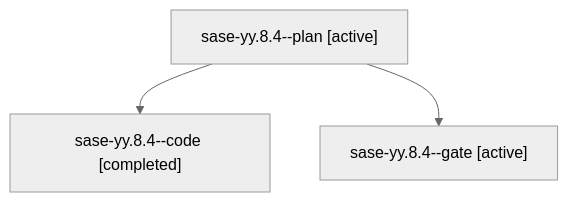
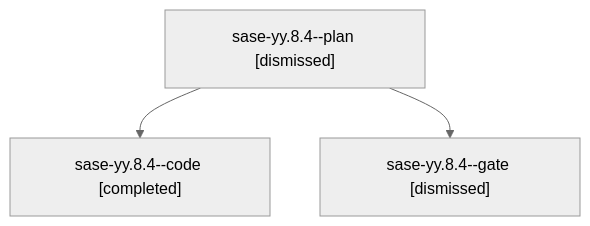
The diagram in sessions/bbugyi200.athena.sase-yy.8.4.md (sase-org/sase--agents), drawn with Mermaid (neutral theme) before and after one commit. The commit also changed other lines of this file and 208 other files, not shown here.

````diff
--- a/sessions/bbugyi200.athena.sase-yy.8.4.md
+++ b/sessions/bbugyi200.athena.sase-yy.8.4.md
@@ -9,8 +9,8 @@
 ```mermaid
 flowchart TD
-  n0["sase-yy.8.4--plan [active]"]
+  n0["sase-yy.8.4--plan [dismissed]"]
   n1["sase-yy.8.4--code [completed]"]
   n0 --> n1
-  n2["sase-yy.8.4--gate [active]"]
+  n2["sase-yy.8.4--gate [dismissed]"]
   n0 --> n2
 ```
````
